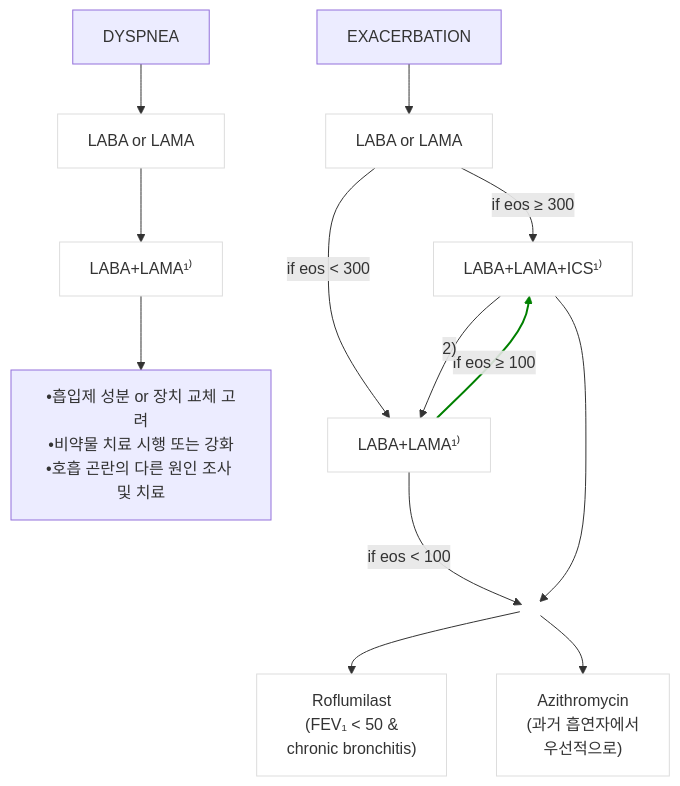
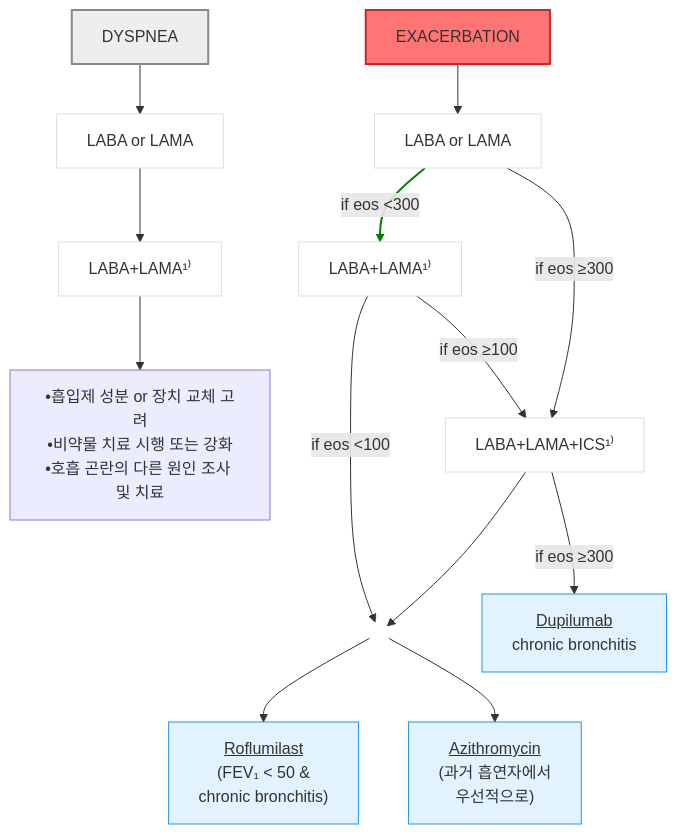
The diagram in 223_/072_-copd.md (familyoh77/familyoh77), drawn with Mermaid before and after one commit. The commit also changed other lines of this file, not shown here.

````diff
--- a/223_/072_-copd.md
+++ b/223_/072_-copd.md
@@ -331,32 +307,30 @@
 ```mermaid
 graph TD
 %% DYSPNEA pathway
 D0[DYSPNEA] --> D1[LABA or LAMA]
     D1 --> D2["LABA+LAMA¹⁾"]
     D2 --> D3["•흡입제 성분 or 장치 교체 고려<br/>•비약물 치료 시행 또는 강화<br/>•호흡 곤란의 다른 원인 조사 및 치료"]
 
 %% EXACERBATION pathway
 E0[EXACERBATION] --> E1[LABA or LAMA]
-    E1 -- "if eos ≥ 300" --> E3["LABA+LAMA+ICS¹⁾"]
-    E1 -- "if eos < 300" --> E2["LABA+LAMA¹⁾"]
-    
-    E2 -- "if eos ≥ 100" --> E3
-    E3 -- "2)" --> E2
-    
-    E2 -- "if eos < 100" --> E4{ }
+E2 -- "if eos ≥100" --> E3
+      E1 -- "if eos ≥300" --> E3["LABA+LAMA+ICS¹⁾"]
+    E1 -- "if eos <300" --> E2["LABA+LAMA¹⁾"]
+    E2 -- "if eos <100" --> E4{ }
     E3 --> E4
-    
-    E4 --> E5["Roflumilast<br/>(FEV₁ < 50 &<br/>chronic bronchitis)"]
-    E4 --> E6["Azithromycin<br/>(과거 흡연자에서<br/>우선적으로)"]
+    E3 -- "if eos ≥300"--> E7[<u>Dupilumab</u><br/>chronic bronchitis]
+    E4 --> E5["<u>Roflumilast</u><br/>(FEV₁ < 50 &<br/>chronic bronchitis)"]
+    E4 --> E6["<u>Azithromycin</u><br/>(과거 흡연자에서<br/>우선적으로)"]
 
 style D1 fill:#fff,stroke:#ddd
 style D2 fill:#fff,stroke:#ddd
 style E1 fill:#fff,stroke:#ddd
 style E2 fill:#fff,stroke:#ddd
 style E3 fill:#fff,stroke:#ddd
-style E5 fill:#fff,stroke:#ddd
-style E6 fill:#fff,stroke:#ddd
 style E4 fill:none,stroke:none
-
+classDef sky fill:#e3f2ff,stroke:#2196f3
+class E5,E6,E7 sky
+style D0 fill:#eeeeee,stroke:#888888,stroke-width:2px
+style E0 fill:#ff7575,stroke:#c62828,stroke-width:2px
 linkStyle 6 stroke:green,stroke-width:2px;
 ```
````
